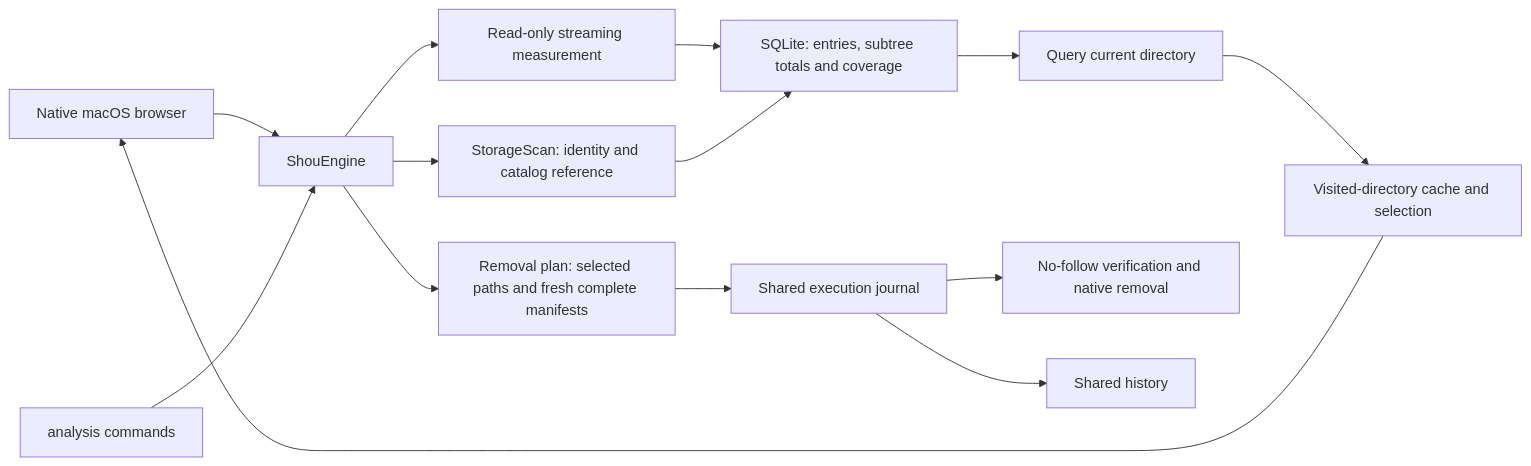
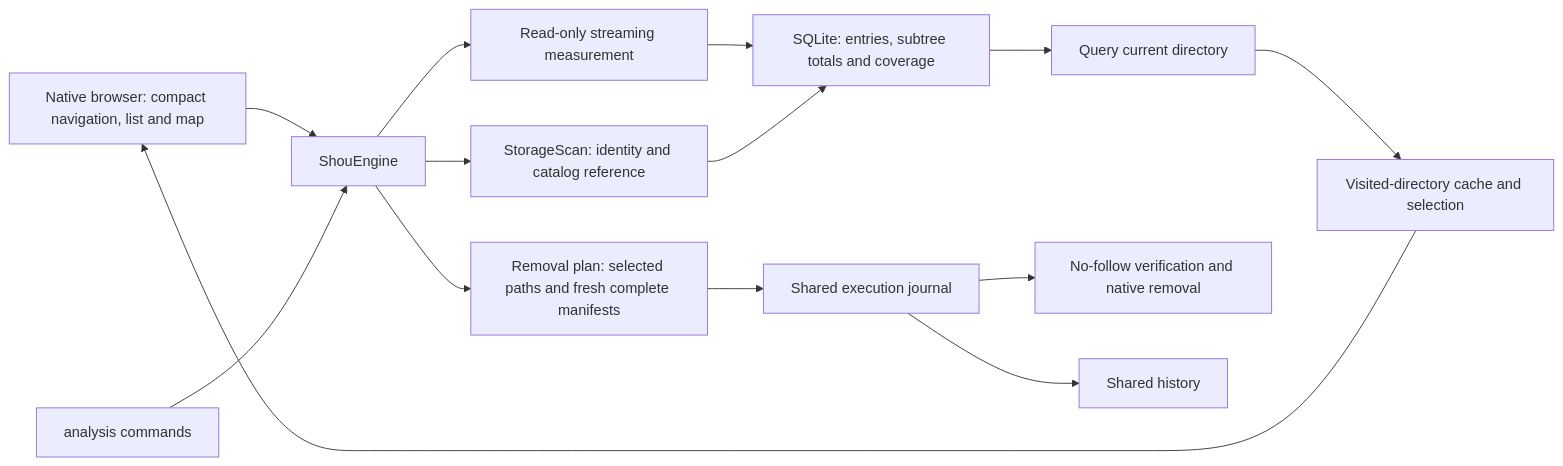
Before and after one commit to limecloud/shou: the first of 5 diagrams in docs/product/space-analysis.md, drawn with Mermaid. The commit also changed other lines of this file and 50 other files, not shown here.

````diff
--- a/docs/product/space-analysis.md
+++ b/docs/product/space-analysis.md
@@ -16,16 +17,16 @@
 ```mermaid
 flowchart LR
-  UI[Native macOS browser] --> Core[ShouEngine]
+  UI[Native browser: compact navigation, list and map] --> Core[ShouEngine]
   CLI[analysis commands] --> Core
   Core --> Worker[Read-only streaming measurement]
   Worker --> Catalog[SQLite: entries, subtree totals and coverage]
   Core --> Scan[StorageScan: identity and catalog reference]
   Scan --> Catalog
   Catalog --> Query[Query current directory]
   Query --> Cache[Visited-directory cache and selection]
   Cache --> UI
   Core --> Plan[Removal plan: selected paths and fresh complete manifests]
   Plan --> Journal[Shared execution journal]
   Journal --> FS[No-follow verification and native removal]
   Journal --> History[Shared history]
 ```
````
